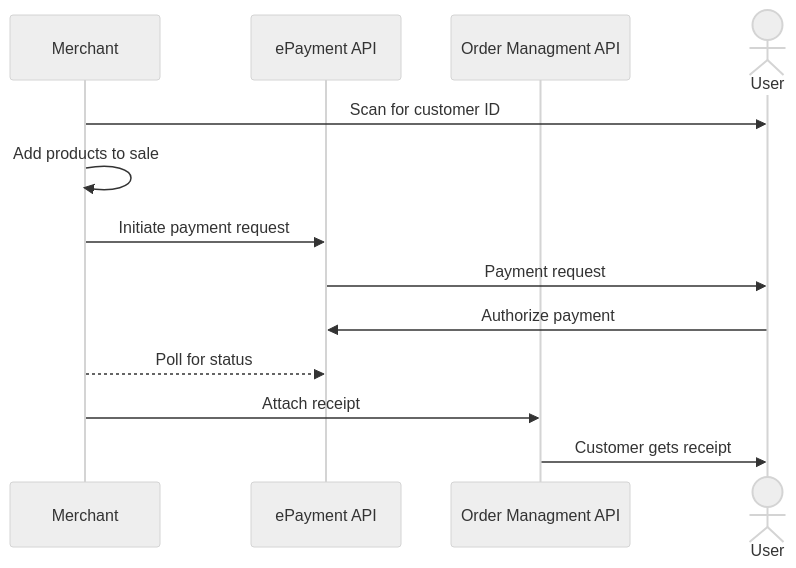
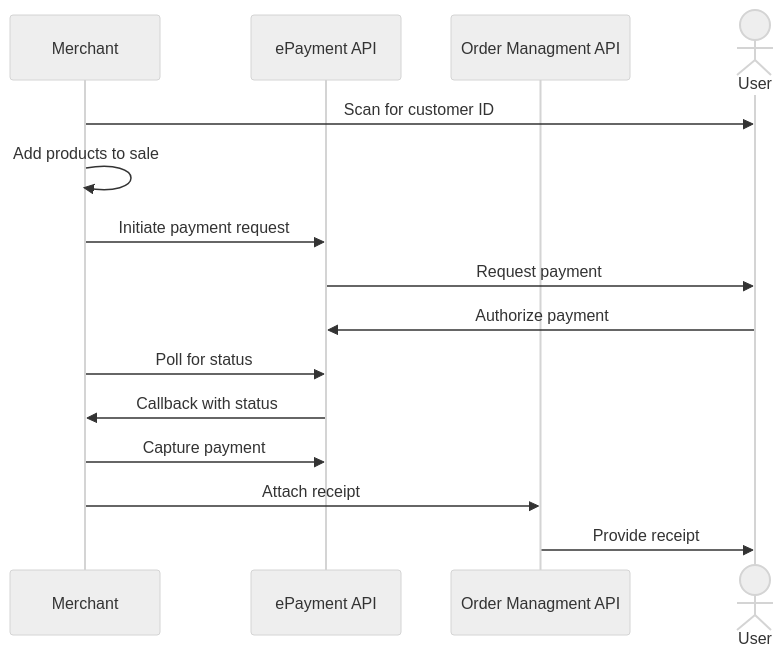
The diagram in in-store/README.md (vippsas/vipps-solutions), drawn with Mermaid (neutral theme) before and after one commit. The commit also changed other lines of this file, not shown here.

````diff
--- a/in-store/README.md
+++ b/in-store/README.md
@@ -111,15 +115,17 @@
 ``` mermaid
 sequenceDiagram
     participant M as Merchant
     participant ePayment as ePayment API
     participant ordermanagement as Order Managment API
     actor U as User
     M->>U: Scan for customer ID
     M->>M: Add products to sale
     M->>ePayment: Initiate payment request
-    ePayment->>U: Payment request
+    ePayment->>U: Request payment
     U->>ePayment: Authorize payment
-    M-->>ePayment: Poll for status
+    M->>ePayment: Poll for status
+    ePayment->>M: Callback with status
+    M->>ePayment: Capture payment
     M->> ordermanagement: Attach receipt
-    ordermanagement->>U: Customer gets receipt
+    ordermanagement->>U: Provide receipt
 ```
````
